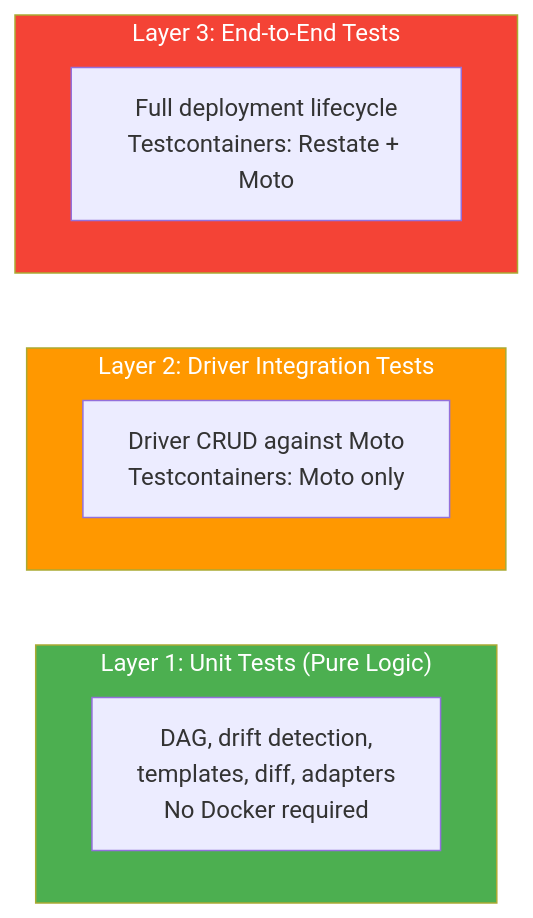
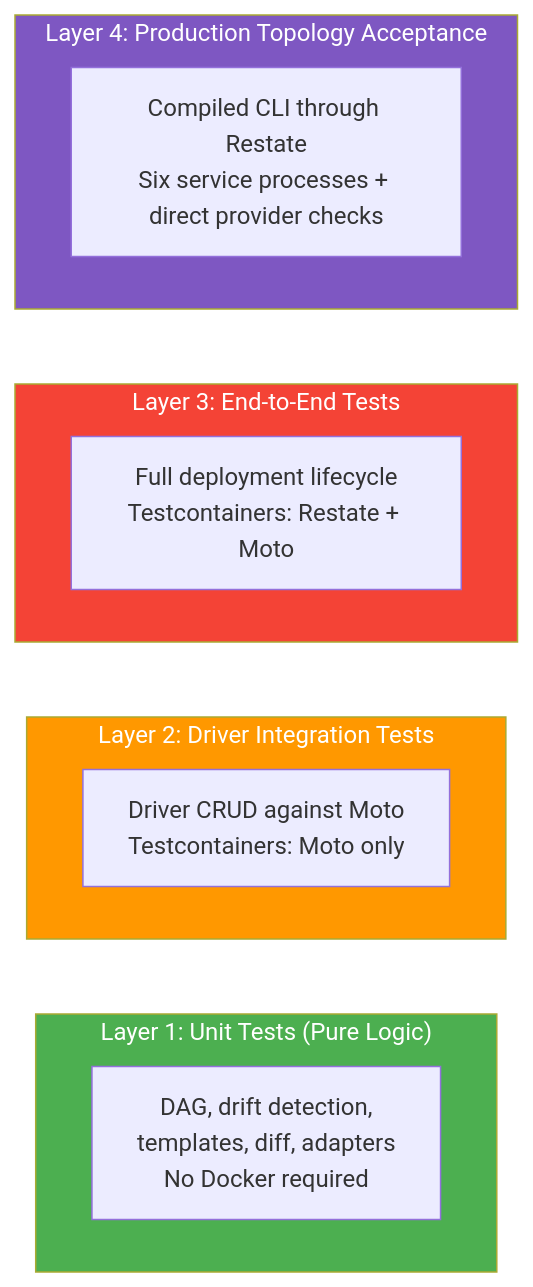
The first of 2 diagrams in docs/DEVELOPERS.md (shirvan/praxis), drawn with Mermaid before and after one commit. The commit also changed other lines of this file and 31 other files, not shown here.

````diff
--- a/docs/DEVELOPERS.md
+++ b/docs/DEVELOPERS.md
@@ -338,21 +341,27 @@
 ```mermaid
 graph TD
+    subgraph L4["Layer 4: Production Topology Acceptance"]
+        PTA["Compiled CLI through Restate<br/>Six service processes + direct provider checks"]
+    end
+
     subgraph L3["Layer 3: End-to-End Tests"]
         E2E["Full deployment lifecycle<br/>Testcontainers: Restate + Moto"]
     end
 
     subgraph L2["Layer 2: Driver Integration Tests"]
         DIT["Driver CRUD against Moto<br/>Testcontainers: Moto only"]
     end
 
     subgraph L1["Layer 1: Unit Tests (Pure Logic)"]
         UT["DAG, drift detection,<br/>templates, diff, adapters<br/>No Docker required"]
     end
 
+    L4 ~~~ L3
     L3 ~~~ L2
     L2 ~~~ L1
 
     style L1 fill:#4CAF50,color:#fff
     style L2 fill:#FF9800,color:#fff
     style L3 fill:#F44336,color:#fff
+    style L4 fill:#7E57C2,color:#fff
 ```
````
